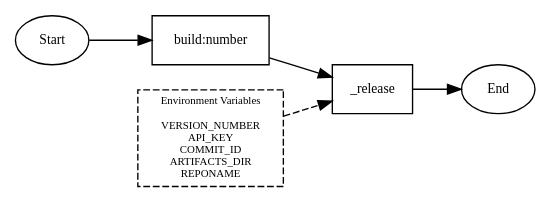
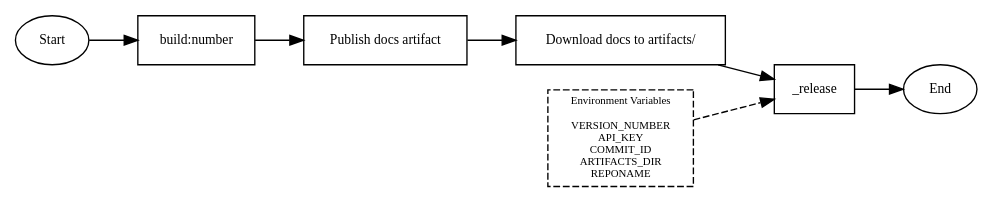
Before and after one commit to Ensono/stacks-infrastructure-aks: the diagram in docs/diagrams/release.dot, drawn with Graphviz. The commit also changed 2 other files, not shown here.

```diff
--- a/docs/diagrams/release.dot
+++ b/docs/diagrams/release.dot
@@ -1,30 +1,34 @@
 digraph G {
   rankdir=LR
   node[fontsize="10"]
 
   start [shape=oval, label="Start"];
   end [shape=oval, label="End"];
 
   buildnumber[shape=box, label="build:number"]
+  uploaddocs[shape=box, label="Publish docs artifact"]
+  downloaddocs[shape=box, label="Download docs to artifacts/"]
   release[shape=box, label="_release"]
 
   environment[
       shape=box,
       style="dashed",
       fontsize=8,
       label="Environment Variables
 
 VERSION_NUMBER
 API_KEY
 COMMIT_ID
 ARTIFACTS_DIR
 REPONAME"]
 
   start -> buildnumber
-  buildnumber -> release
+  buildnumber -> uploaddocs
+  uploaddocs -> downloaddocs
+  downloaddocs -> release
   environment -> release [
       style="dashed"
   ]
   release -> end
 
 }
```
